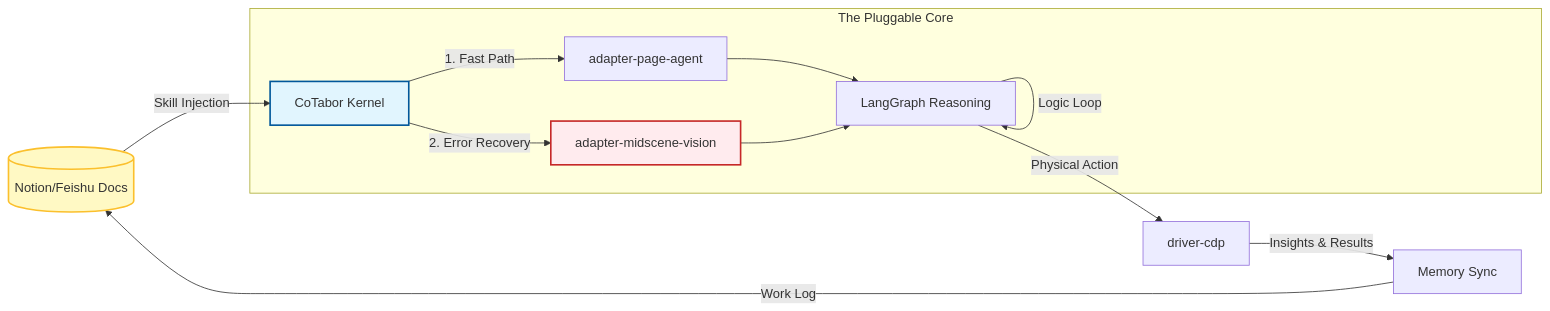
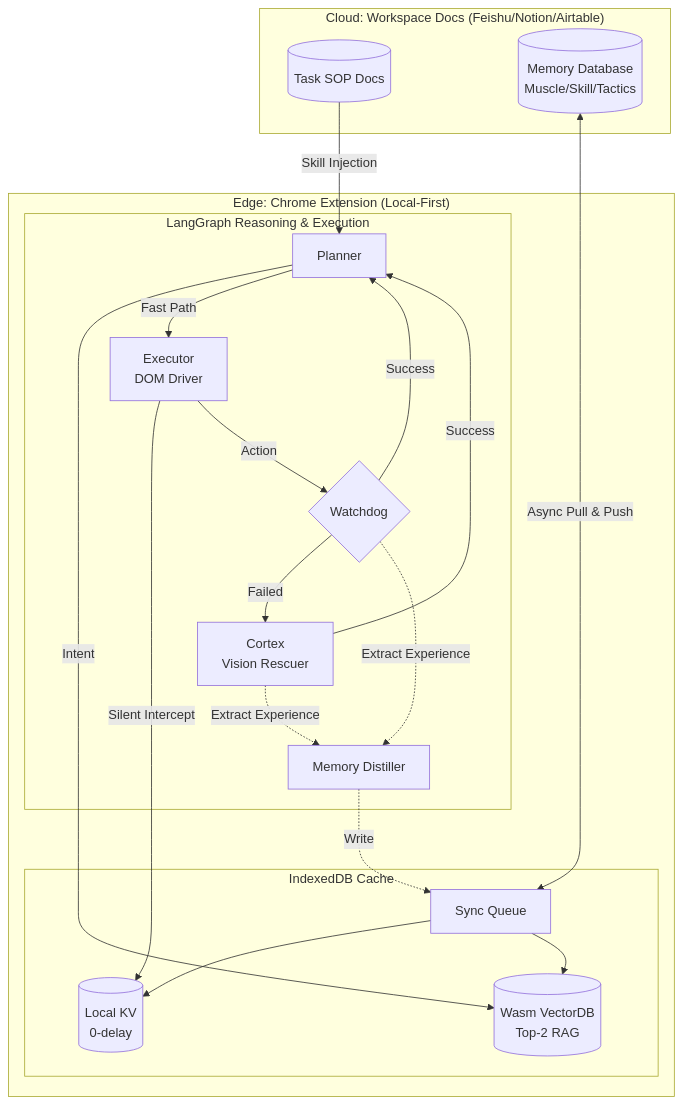
Before and after one commit to AngusTarsWong/CoTabor: the diagram in README.md, drawn with Mermaid. The commit also changed other lines of this file and 3 other files, not shown here.

````diff
--- a/README.md
+++ b/README.md
@@ -37,21 +39,34 @@
 ```mermaid
-graph LR
-    Doc[(Notion/Feishu Docs)] -- "Skill Injection" --> Kernel[CoTabor Kernel]
-    
-    subgraph "The Pluggable Core"
-        Kernel -- "1. Fast Path" --> L1[adapter-page-agent]
-        Kernel -- "2. Error Recovery" --> L3[adapter-midscene-vision]
+graph TD
+    subgraph "Cloud: Workspace Docs (Feishu/Notion/Airtable)"
+        Docs[(Task SOP Docs)]
+        Bitable[(Memory Database<br>Muscle/Skill/Tactics)]
+    end
+
+    subgraph "Edge: Chrome Extension (Local-First)"
+        Docs -- "Skill Injection" --> Planner
         
-        L1 & L3 --> Brain[LangGraph Reasoning]
-        Brain -- "Logic Loop" --> Brain
+        subgraph "IndexedDB Cache"
+            SyncQueue[Sync Queue]
+            LocalKV[(Local KV<br>0-delay)]
+            LocalVector[(Wasm VectorDB<br>Top-2 RAG)]
+        end
+        
+        Bitable <--> |"Async Pull & Push"| SyncQueue
+        SyncQueue --> LocalKV & LocalVector
+
+        subgraph "LangGraph Reasoning & Execution"
+            Planner[Planner] -- "Intent" --> LocalVector
+            Planner -- "Fast Path" --> Executor[Executor<br>DOM Driver]
+            Executor -- "Silent Intercept" --> LocalKV
+            
+            Executor -- "Action" --> Watchdog{Watchdog}
+            Watchdog -- "Success" --> Planner
+            Watchdog -- "Failed" --> Cortex[Cortex<br>Vision Rescuer]
+            Cortex -- "Success" --> Planner
+            
+            Cortex & Watchdog -. "Extract Experience" .-> Distiller[Memory Distiller]
+            Distiller -. "Write" .-> SyncQueue
+        end
     end
-    
-    Brain -- "Physical Action" --> Driver[driver-cdp]
-    Driver -- "Insights & Results" --> Memory[Memory Sync]
-    Memory -- "Work Log" --> Doc
-
-    style Doc fill:#fff9c4,stroke:#fbc02d,stroke-width:2px
-    style Kernel fill:#e1f5fe,stroke:#01579b,stroke-width:2px
-    style L3 fill:#ffebee,stroke:#c62828,stroke-width:2px
-
 ```
````
